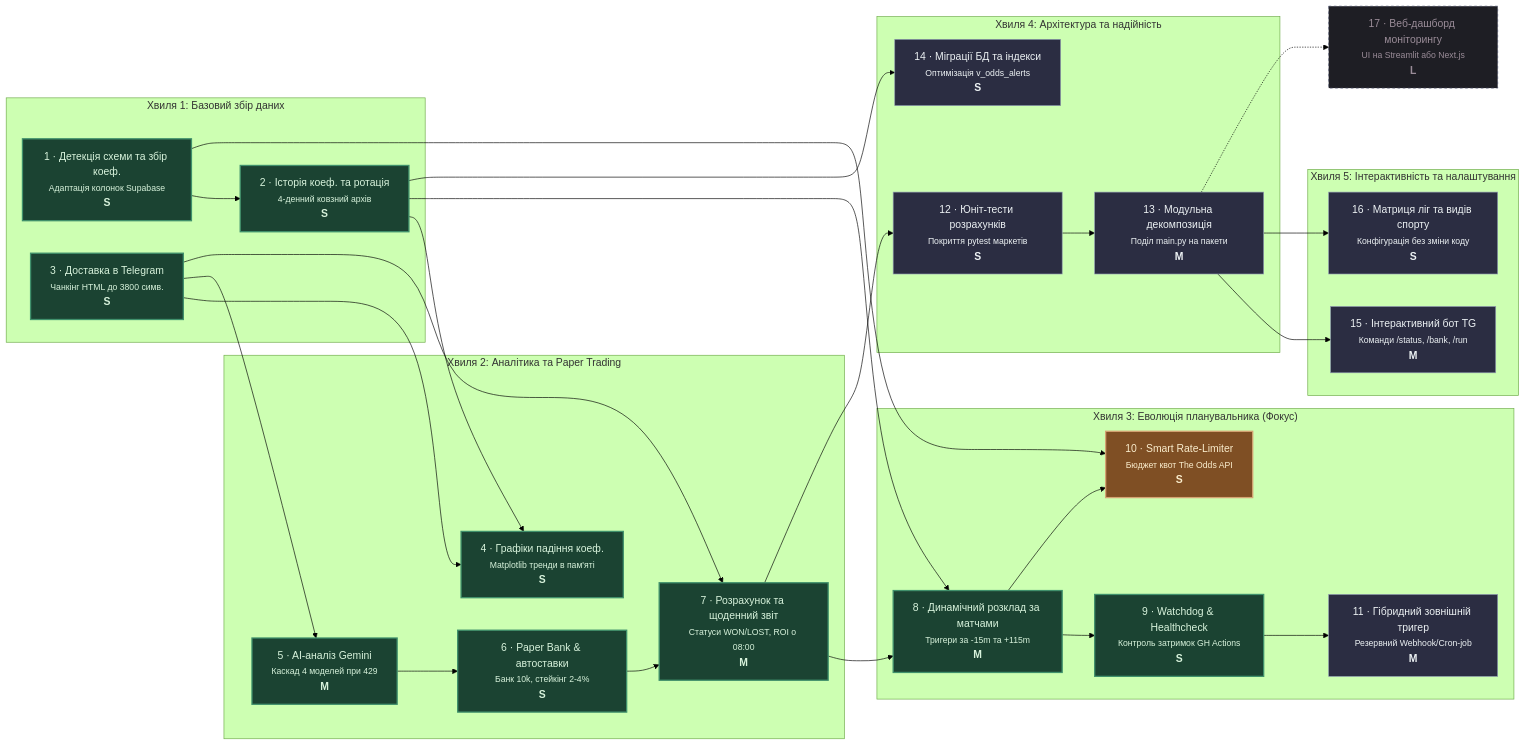
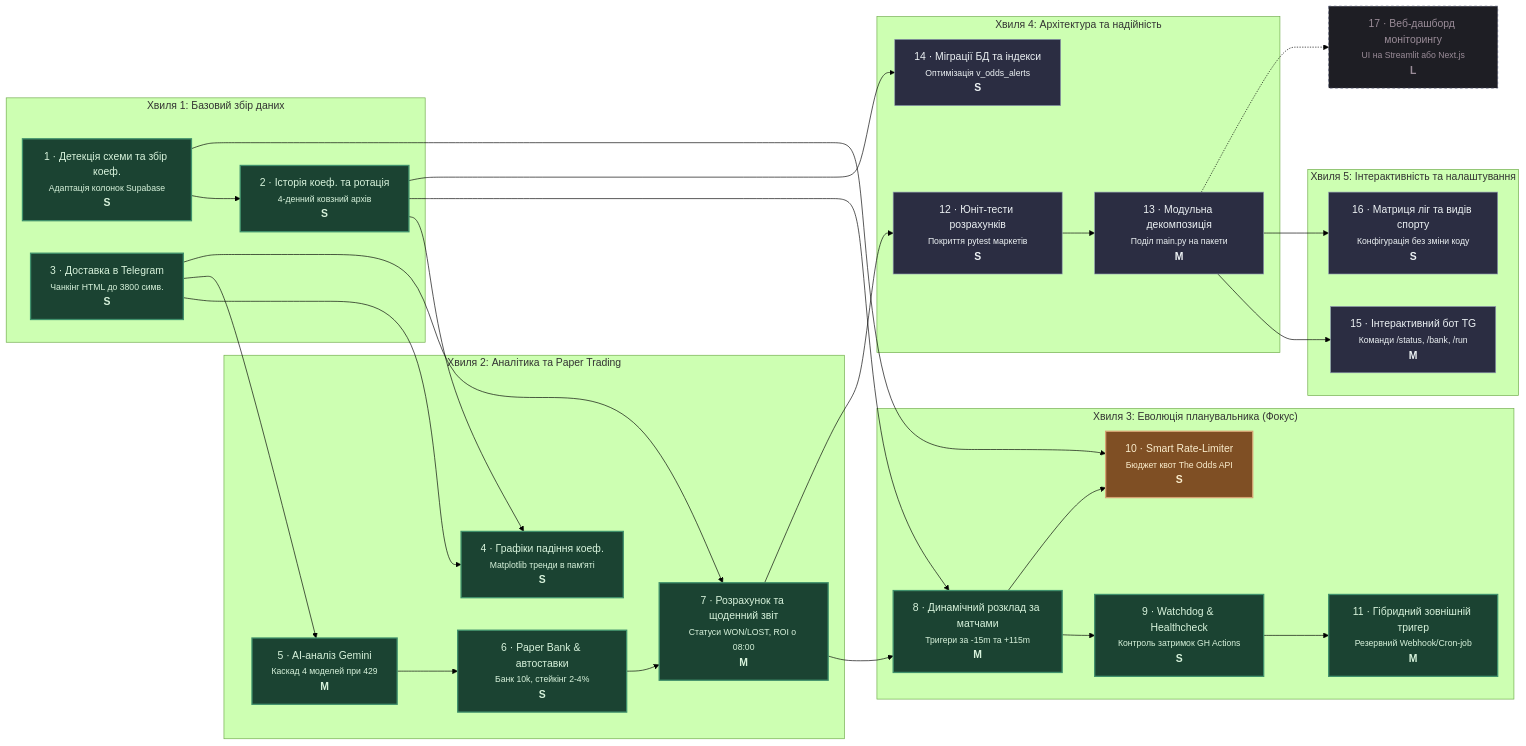
The diagram in docs/roadmap-diagram.md (vsymchak/StatMonitor), drawn with Mermaid (forest theme) before and after one commit. The commit also changed other lines of this file and 8 other files, not shown here.

````diff
--- a/docs/roadmap-diagram.md
+++ b/docs/roadmap-diagram.md
@@ -8,69 +8,69 @@
 ```mermaid
 flowchart LR
     classDef shipped fill:#1b4332,stroke:#40916c,color:#d8f3dc,stroke-width:2px;
     classDef in_progress fill:#7f4f24,stroke:#d4a373,color:#faedcd,stroke-width:2px;
     classDef idea fill:#2b2d42,stroke:#8d99ae,color:#edf2f4,stroke-width:1px;
     classDef fog fill:#1e1e24,stroke:#4a4e69,color:#9a8c98,stroke-width:1px,stroke-dasharray: 4 4;
 
     subgraph Wave1["Хвиля 1: Базовий збір даних"]
         1["1 · Детекція схеми та збір коеф.<br><small>Адаптація колонок Supabase</small><br><b>S</b>"]:::shipped
         2["2 · Історія коеф. та ротація<br><small>4-денний ковзний архів</small><br><b>S</b>"]:::shipped
         3["3 · Доставка в Telegram<br><small>Чанкінг HTML до 3800 симв.</small><br><b>S</b>"]:::shipped
     end
 
     subgraph Wave2["Хвиля 2: Аналітика та Paper Trading"]
         4["4 · Графіки падіння коеф.<br><small>Matplotlib тренди в пам'яті</small><br><b>S</b>"]:::shipped
         5["5 · AI-аналіз Gemini<br><small>Каскад 4 моделей при 429</small><br><b>M</b>"]:::shipped
         6["6 · Paper Bank & автоставки<br><small>Банк 10k, стейкінг 2-4%</small><br><b>S</b>"]:::shipped
         7["7 · Розрахунок та щоденний звіт<br><small>Статуси WON/LOST, ROI о 08:00</small><br><b>M</b>"]:::shipped
     end
 
     subgraph Wave3["Хвиля 3: Еволюція планувальника (Фокус)"]
         8["8 · Динамічний розклад за матчами<br><small>Тригери за -15m та +115m</small><br><b>M</b>"]:::shipped
         9["9 · Watchdog & Healthcheck<br><small>Контроль затримок GH Actions</small><br><b>S</b>"]:::shipped
         10["10 · Smart Rate-Limiter<br><small>Бюджет квот The Odds API</small><br><b>S</b>"]:::in_progress
-        11["11 · Гібридний зовнішній тригер<br><small>Резервний Webhook/Cron-job</small><br><b>M</b>"]:::idea
+        11["11 · Гібридний зовнішній тригер<br><small>Резервний Webhook/Cron-job</small><br><b>M</b>"]:::shipped
     end
 
     subgraph Wave4["Хвиля 4: Архітектура та надійність"]
         12["12 · Юніт-тести розрахунків<br><small>Покриття pytest маркетів</small><br><b>S</b>"]:::idea
         13["13 · Модульна декомпозиція<br><small>Поділ main.py на пакети</small><br><b>M</b>"]:::idea
         14["14 · Міграції БД та індекси<br><small>Оптимізація v_odds_alerts</small><br><b>S</b>"]:::idea
     end
 
     subgraph Wave5["Хвиля 5: Інтерактивність та налаштування"]
         15["15 · Інтерактивний бот TG<br><small>Команди /status, /bank, /run</small><br><b>M</b>"]:::idea
         16["16 · Матриця ліг та видів спорту<br><small>Конфігурація без зміни коду</small><br><b>S</b>"]:::idea
     end
 
     17["17 · Веб-дашборд моніторингу<br><small>UI на Streamlit або Next.js</small><br><b>L</b>"]:::fog
 
     %% Залежності Хвилі 1 і 2
     1 --> 2
     2 --> 4
     3 --> 4
     3 --> 5
     5 --> 6
     6 --> 7
     3 --> 7
 
     %% Залежності Хвилі 3 (Планувальник)
     2 --> 8
     7 --> 8
     8 --> 9
     1 --> 10
     8 --> 10
     9 --> 11
 
     %% Залежності Хвилі 4
     7 --> 12
     12 --> 13
     2 --> 14
 
     %% Залежності Хвилі 5
     13 --> 15
     13 --> 16
 
     %% Fog
     13 -.-> 17
 ```
````
